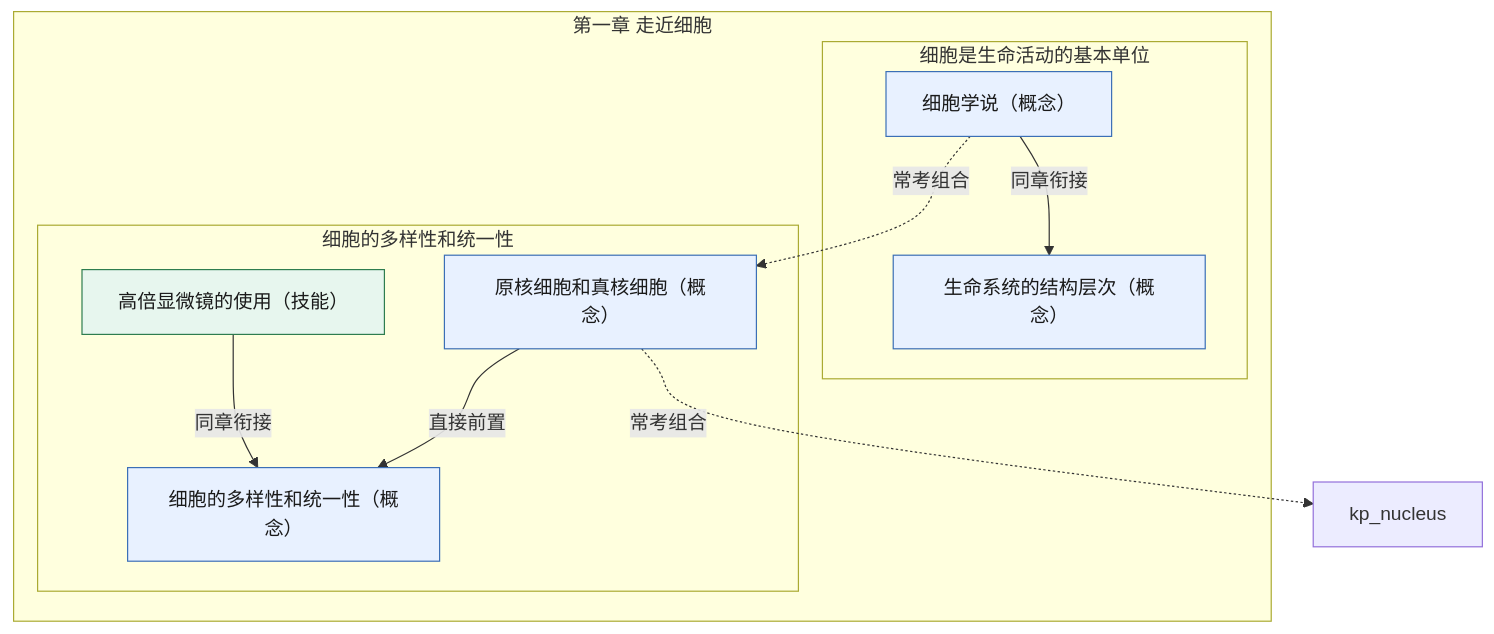
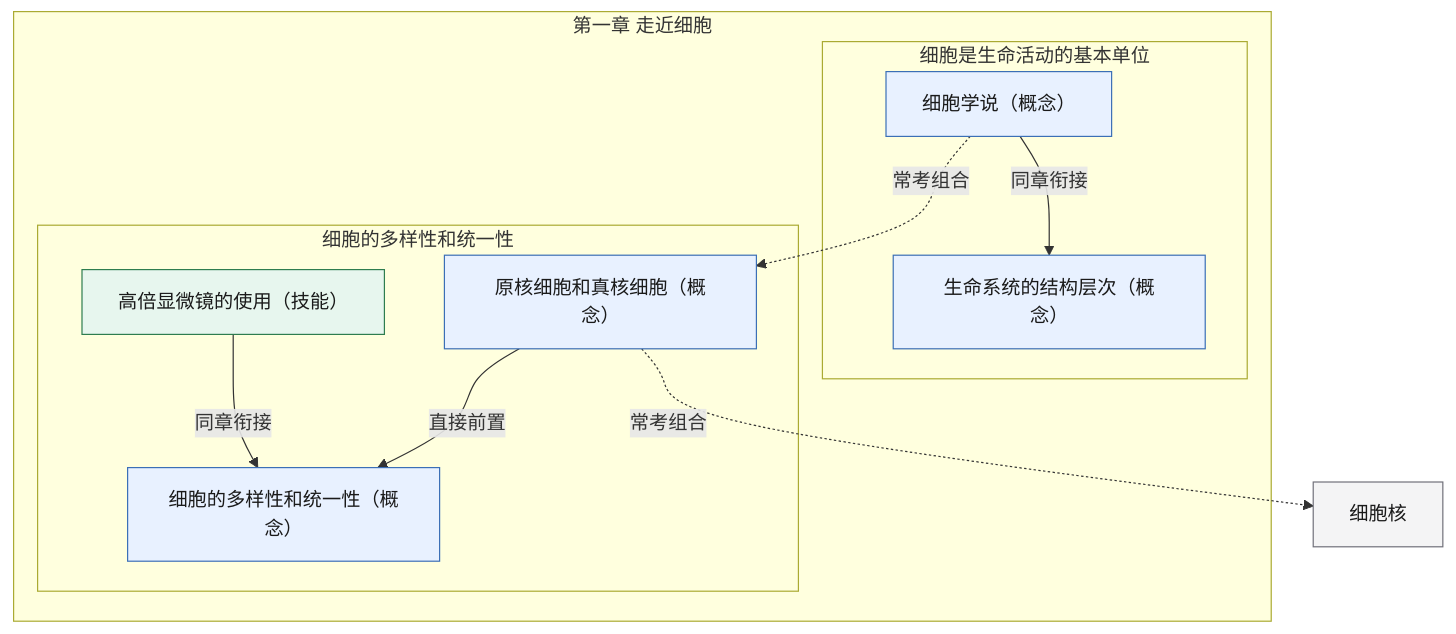
Before and after one commit to lihenair/high-school-ai-tutor-skill: the diagram in skills/high-school-ai-tutor/references/pep-bio-bx1-ch1.md, drawn with Mermaid. The commit also changed 20 other files, not shown here.

Commit message:
feat(graph): 跨章常考组合渲染为中文显示名（灰色外部节点），不再显示英文代号

````diff
--- a/skills/high-school-ai-tutor/references/pep-bio-bx1-ch1.md
+++ b/skills/high-school-ai-tutor/references/pep-bio-bx1-ch1.md
@@ -5,23 +5,23 @@
 ```mermaid
 flowchart TD
   classDef concept fill:#E8F1FF,stroke:#3B6FB6,color:#1A1A1A
   classDef skill fill:#E7F6EE,stroke:#2E7D4F,color:#1A1A1A
   classDef experiment fill:#FFF4E5,stroke:#C47B17,color:#1A1A1A
   classDef later fill:#F4F4F5,stroke:#71717A,color:#1A1A1A
   subgraph ch["第一章 走近细胞"]
     subgraph s1["细胞是生命活动的基本单位"]
       kp_cell_theory["细胞学说（概念）"]:::concept
       kp_life_system["生命系统的结构层次（概念）"]:::concept
     end
     subgraph s2["细胞的多样性和统一性"]
       kp_microscope_use["高倍显微镜的使用（技能）"]:::skill
       kp_prokaryote_eukaryote["原核细胞和真核细胞（概念）"]:::concept
       kp_cell_diversity_unity["细胞的多样性和统一性（概念）"]:::concept
     end
   end
   kp_cell_theory -->|同章衔接| kp_life_system
   kp_microscope_use -->|同章衔接| kp_cell_diversity_unity
   kp_prokaryote_eukaryote -->|直接前置| kp_cell_diversity_unity
   kp_cell_theory -.->|常考组合| kp_prokaryote_eukaryote
-  kp_prokaryote_eukaryote -.->|常考组合| kp_nucleus
+  kp_prokaryote_eukaryote -.->|常考组合| kp_nucleus["细胞核"]:::later
 ```
````
